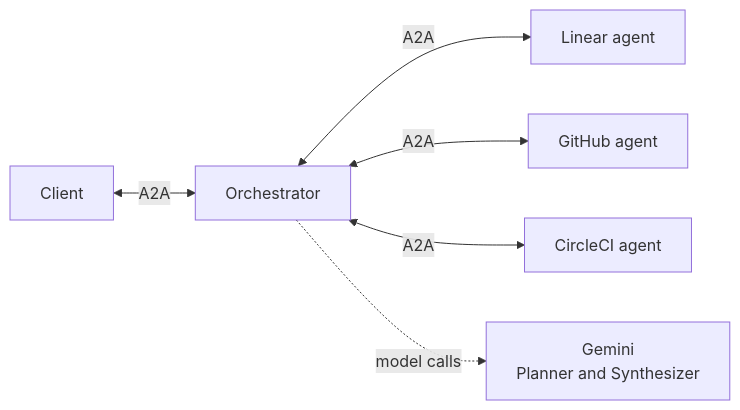
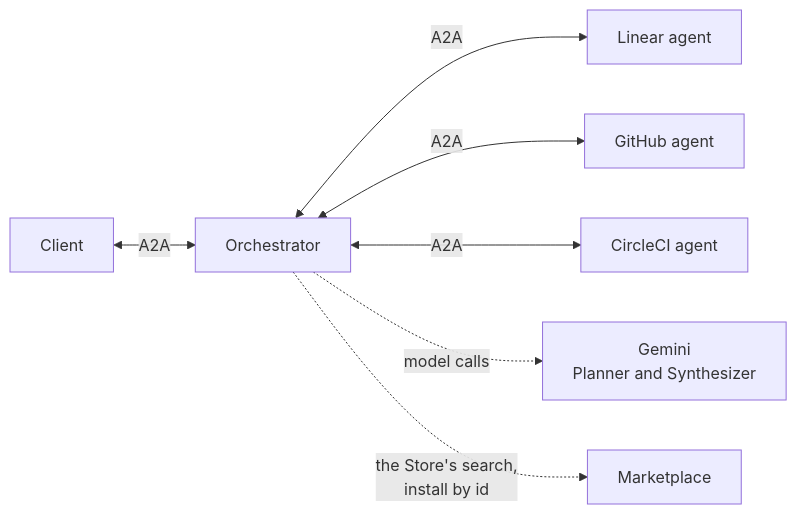
One commit to retz8/a2uiverse changed the diagram in apps/orchestrator/README.md. Above: the diagram before and after it, drawn with Mermaid. The commit also changed other lines of this file and 8 other files, not shown here.

````diff
--- a/apps/orchestrator/README.md
+++ b/apps/orchestrator/README.md
@@ -11,8 +11,9 @@
 ```mermaid
 flowchart LR
     C["Client"] <-->|A2A| O["Orchestrator"]
     O <-->|A2A| L["Linear agent"]
     O <-->|A2A| G["GitHub agent"]
     O <-->|A2A| CI["CircleCI agent"]
     O -.->|model calls| M["Gemini<br/>Planner and Synthesizer"]
+    O -.->|the Store's search,<br/>install by id| MK["Marketplace"]
 ```
````
